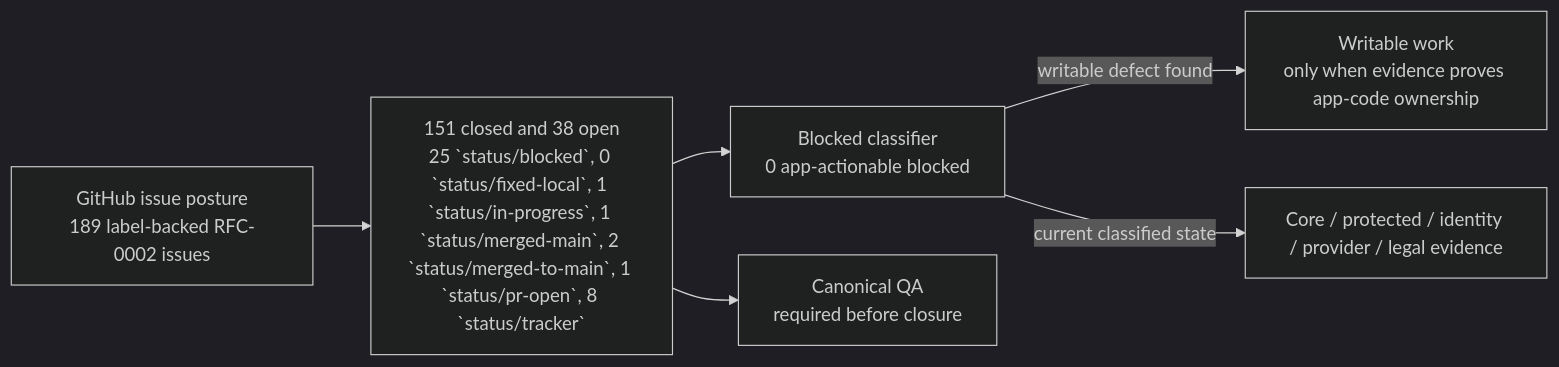
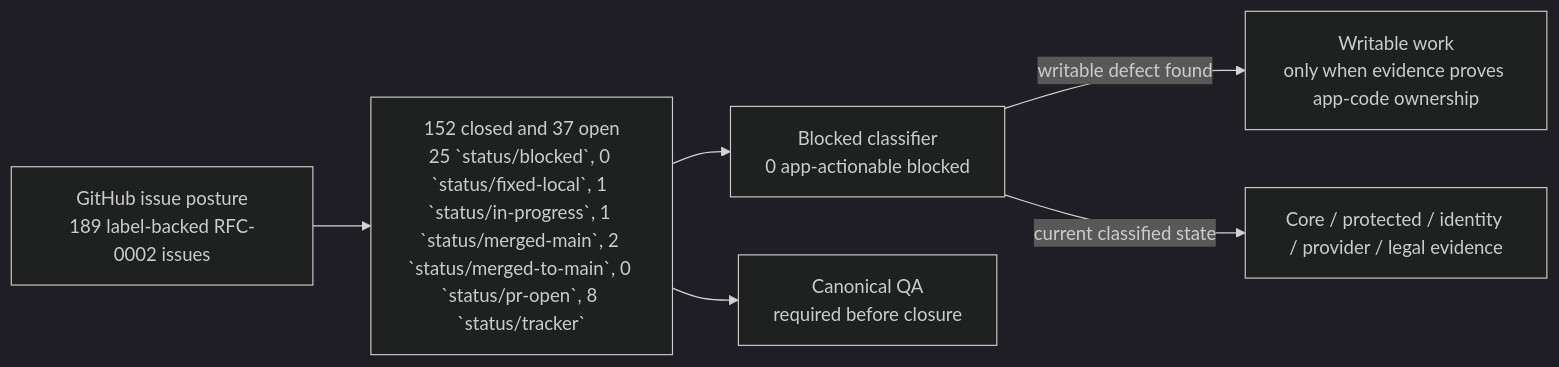
The first of 2 diagrams in wiki/RFC-0002-Execution-Status.md (sgajbi/lotus-idea), drawn with Mermaid (dark theme) before and after one commit. The commit also changed other lines of this file and 10 other files, not shown here.

````diff
--- a/wiki/RFC-0002-Execution-Status.md
+++ b/wiki/RFC-0002-Execution-Status.md
@@ -39,15 +39,15 @@
 ```mermaid
 flowchart LR
     Issues["GitHub issue posture<br/>189 label-backed RFC-0002 issues"]
-    Open["151 closed and 38 open<br/>25 `status/blocked`, 0 `status/fixed-local`, 1 `status/in-progress`, 1 `status/merged-main`, 2 `status/merged-to-main`, 1 `status/pr-open`, 8 `status/tracker`"]
+    Open["152 closed and 37 open<br/>25 `status/blocked`, 0 `status/fixed-local`, 1 `status/in-progress`, 1 `status/merged-main`, 2 `status/merged-to-main`, 0 `status/pr-open`, 8 `status/tracker`"]
     Blocked["Blocked classifier<br/>0 app-actionable blocked"]
     Work["Writable work<br/>only when evidence proves app-code ownership"]
     External["Core / protected / identity / provider / legal evidence"]
     QA["Canonical QA<br/>required before closure"]
 
     Issues --> Open
     Open --> Blocked
     Blocked -->|"writable defect found"| Work
     Blocked -->|"current classified state"| External
     Open --> QA
 ```
````
